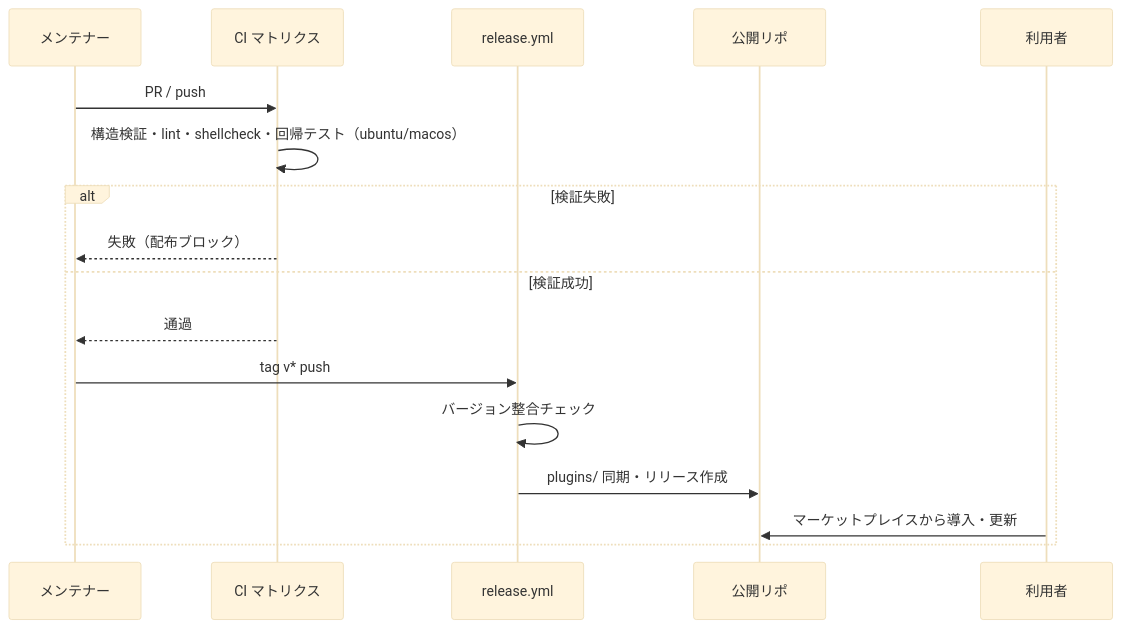
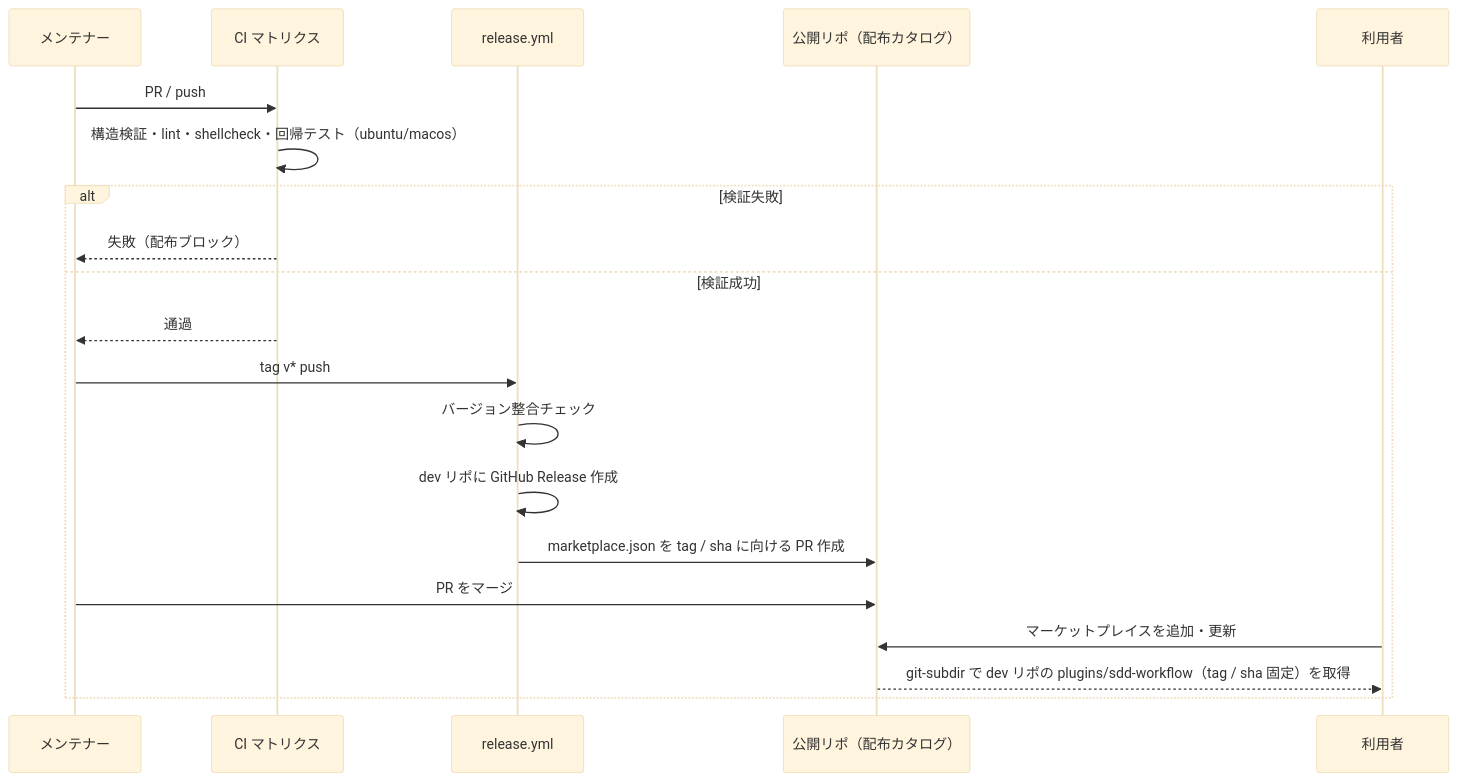
Before and after one commit to ToshikiImagawa/ai-sdd-workflow-dev: the diagram in .sdd/specification/distribution_spec.md, drawn with Mermaid (base theme). The commit also changed other lines of this file and 14 other files, not shown here.

First line of the commit message:
[update] 配布方式を rsync ミラーから git-subdir カタログ更新 PR に移行 (#236)

````diff
--- a/.sdd/specification/distribution_spec.md
+++ b/.sdd/specification/distribution_spec.md
@@ -144,20 +152,23 @@
 ```mermaid
 sequenceDiagram
     participant Dev as メンテナー
     participant CI as CI マトリクス
     participant Rel as release.yml
-    participant Pub as 公開リポ
+    participant Pub as 公開リポ（配布カタログ）
     participant User as 利用者
 
     Dev ->> CI: PR / push
     CI ->> CI: 構造検証・lint・shellcheck・回帰テスト（ubuntu/macos）
     alt 検証失敗
         CI -->> Dev: 失敗（配布ブロック）
     else 検証成功
         CI -->> Dev: 通過
         Dev ->> Rel: tag v* push
         Rel ->> Rel: バージョン整合チェック
-        Rel ->> Pub: plugins/ 同期・リリース作成
-        User ->> Pub: マーケットプレイスから導入・更新
+        Rel ->> Rel: dev リポに GitHub Release 作成
+        Rel ->> Pub: marketplace.json を tag / sha に向ける PR 作成
+        Dev ->> Pub: PR をマージ
+        User ->> Pub: マーケットプレイスを追加・更新
+        Pub -->> User: git-subdir で dev リポの plugins/sdd-workflow（tag / sha 固定）を取得
     end
 ```
````
